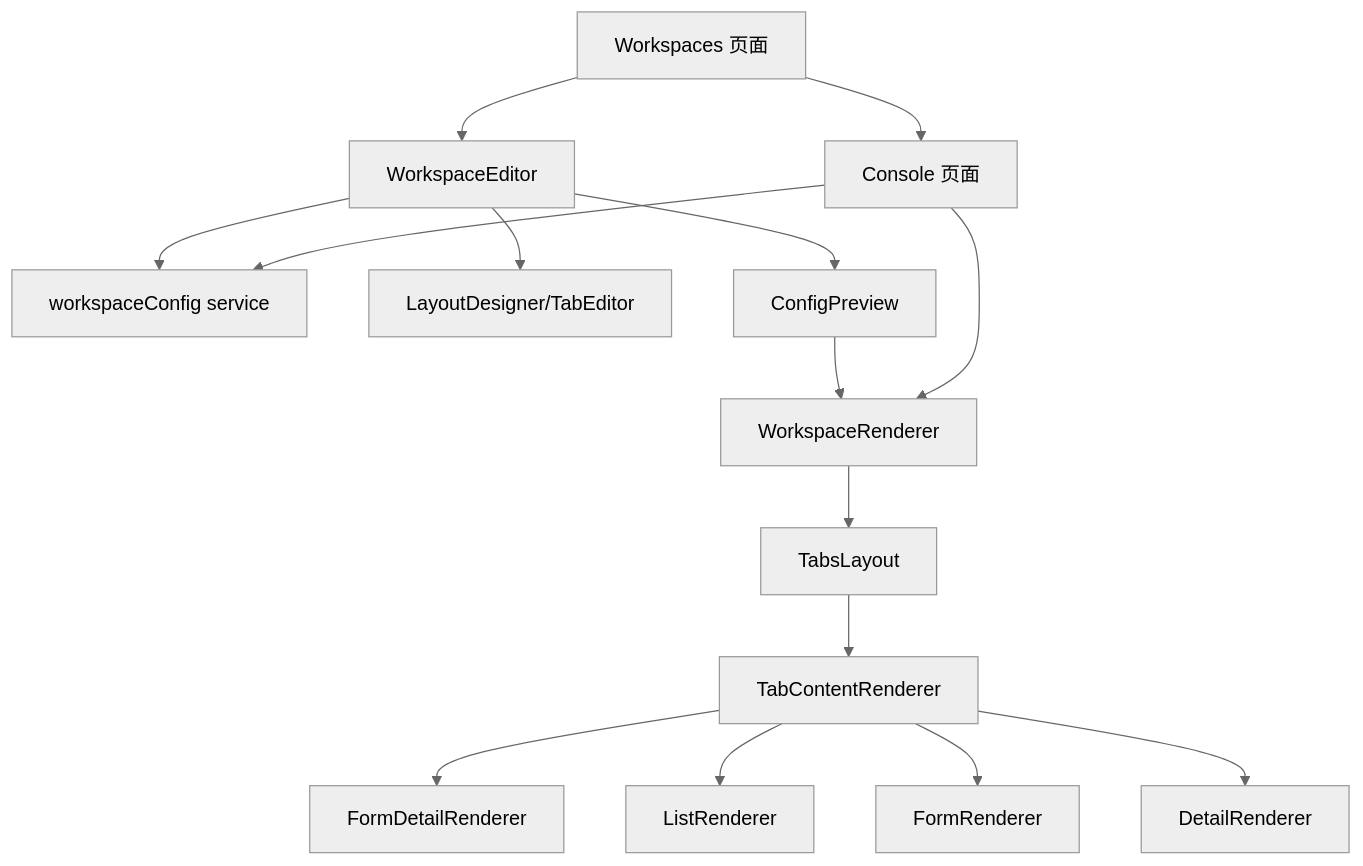
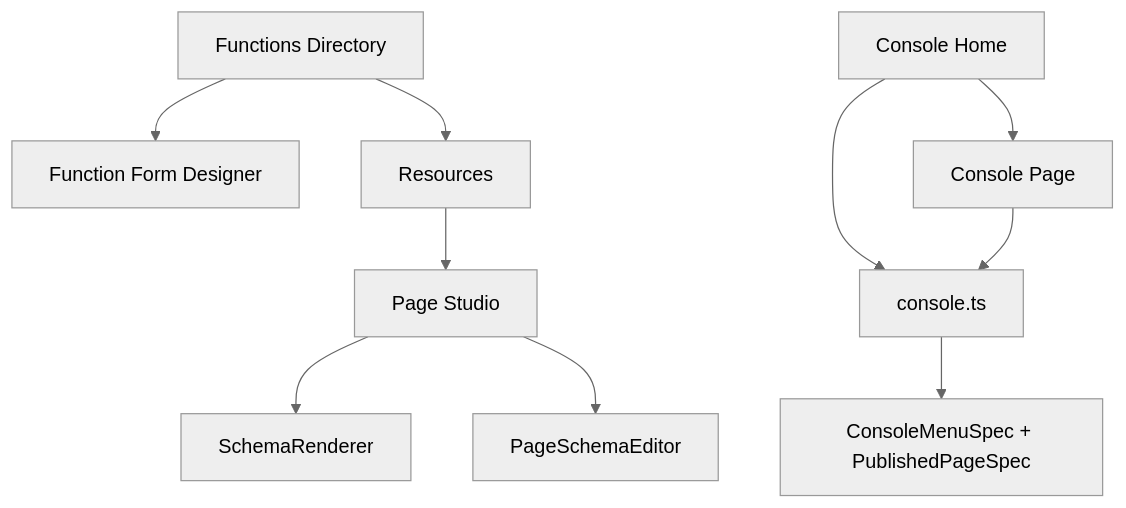
The second of 2 diagrams in web/README.md (cuihairu/croupier), drawn with Mermaid (neutral theme) before and after one commit. The commit also changed other lines of this file and 8 other files, not shown here.

````diff
--- a/web/README.md
+++ b/web/README.md
@@ -171,17 +96,12 @@
 ```mermaid
 graph TD
-  A[Workspaces 页面] --> B[WorkspaceEditor]
-  A --> C[Console 页面]
-  B --> D[workspaceConfig service]
-  C --> D
-  B --> E[LayoutDesigner/TabEditor]
-  B --> F[ConfigPreview]
-  F --> G[WorkspaceRenderer]
-  C --> G
-  G --> H[TabsLayout]
-  H --> I[TabContentRenderer]
-  I --> J[FormDetailRenderer]
-  I --> K[ListRenderer]
-  I --> L[FormRenderer]
-  I --> M[DetailRenderer]
+  A[Functions Directory] --> B[Function Form Designer]
+  A --> C[Resources]
+  C --> D[Page Studio]
+  D --> E[SchemaRenderer]
+  D --> F[PageSchemaEditor]
+  G[Console Home] --> H[Console Page]
+  G --> I[console.ts]
+  H --> I
+  I --> J[ConsoleMenuSpec + PublishedPageSpec]
 ```
````
